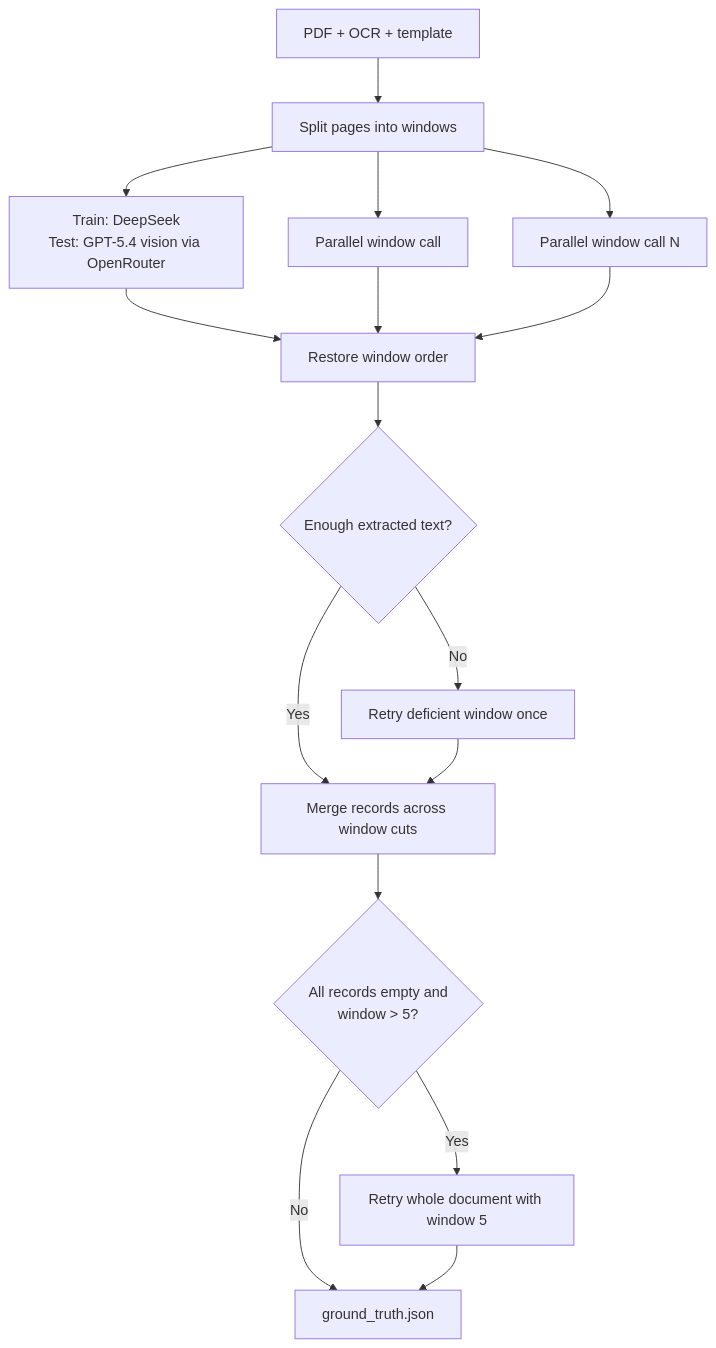
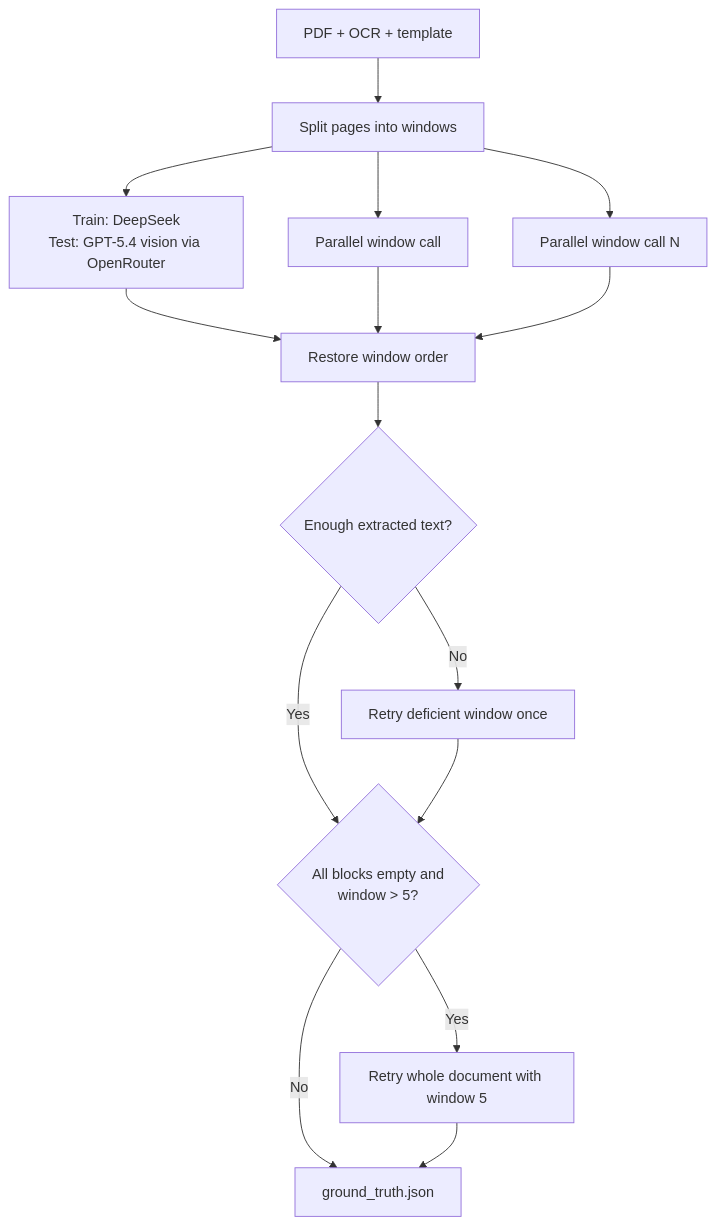
The fifth of 6 diagrams in README.md (riccardobollati/twix_2), drawn with Mermaid before and after one commit. The commit also changed other lines of this file and 29 other files, not shown here.

Commit message:
Refactor pipeline orchestration and evaluation flow

````diff
--- a/README.md
+++ b/README.md
@@ -445,18 +412,17 @@
 ```mermaid
 flowchart TD
     P["PDF + OCR + template"] --> W["Split pages into windows"]
     W --> C1["Train: DeepSeek<br/>Test: GPT-5.4 vision via OpenRouter"]
     W --> C2["Parallel window call"]
     W --> CN["Parallel window call N"]
     C1 --> ORDER["Restore window order"]
     C2 --> ORDER
     CN --> ORDER
     ORDER --> COVER{"Enough extracted text?"}
     COVER -- No --> RETRY["Retry deficient window once"]
-    COVER -- Yes --> BOUND["Merge records across window cuts"]
-    RETRY --> BOUND
-    BOUND --> EMPTY{"All records empty and<br/>window > 5?"}
+    COVER -- Yes --> EMPTY{"All blocks empty and<br/>window > 5?"}
+    RETRY --> EMPTY
     EMPTY -- Yes --> SMALL["Retry whole document with window 5"]
     EMPTY -- No --> GT["ground_truth.json"]
     SMALL --> GT
 ```
````
